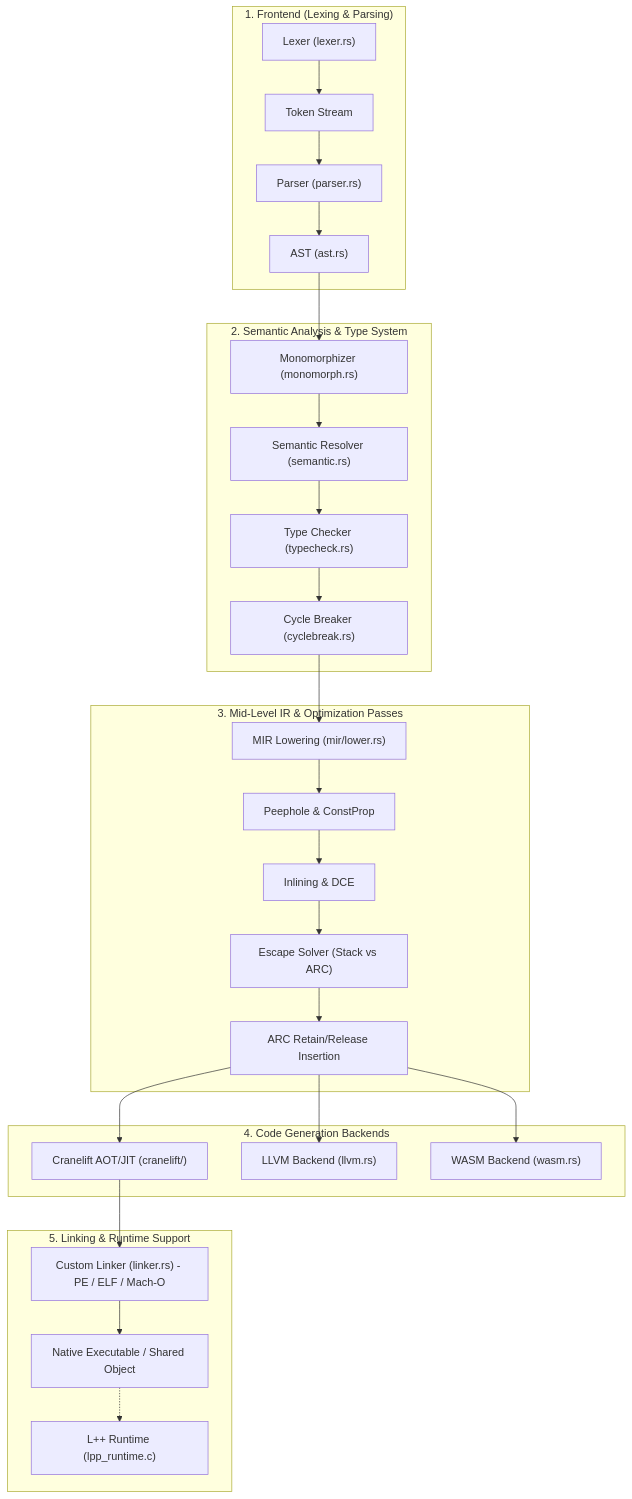
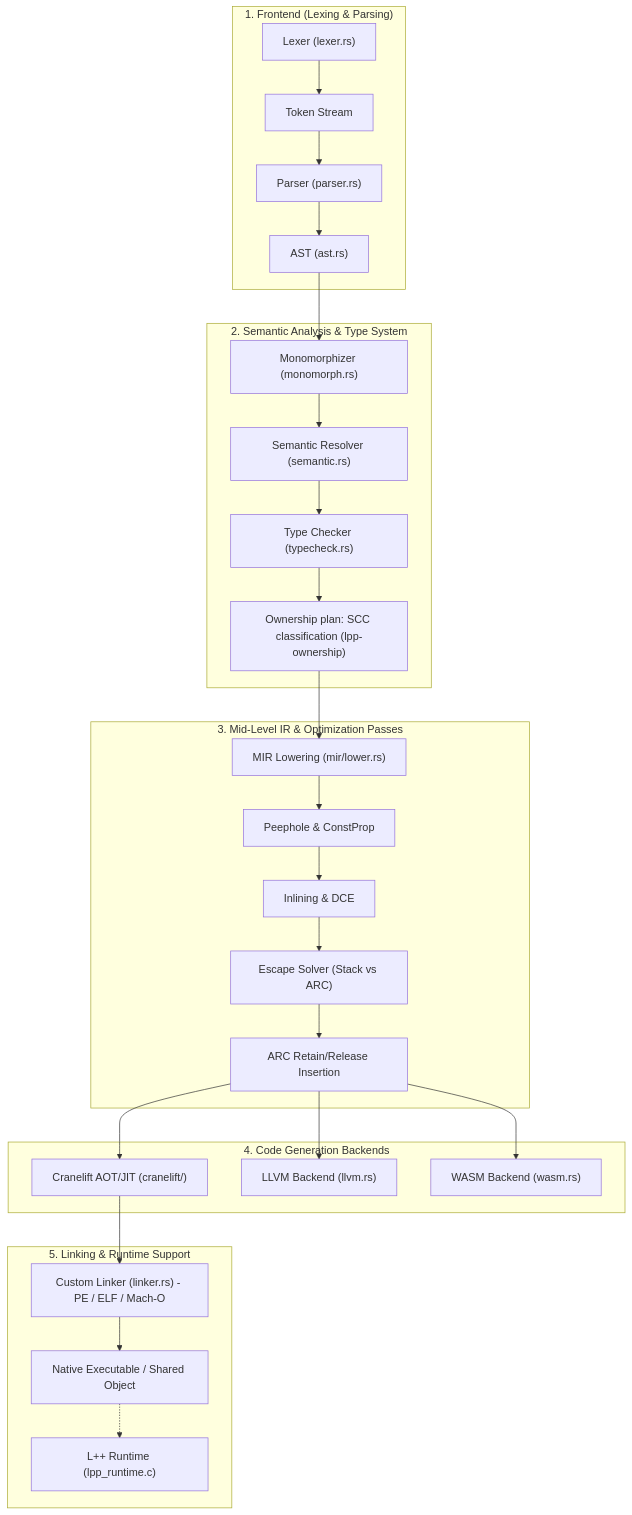
The diagram in ARCHITECTURE.md (samarnever-droid/lplusplus), drawn with Mermaid before and after one commit. The commit also changed other lines of this file and 56 other files, not shown here.

First line of the commit message:
feat(runtime,ownership,mir): trial-deletion cycle breaking, structural tuples, and leak oracle

````diff
--- a/ARCHITECTURE.md
+++ b/ARCHITECTURE.md
@@ -21,35 +21,35 @@
 ```mermaid
 graph TD
     subgraph Frontend ["1. Frontend (Lexing & Parsing)"]
         Lexer["Lexer (lexer.rs)"] --> Tokens["Token Stream"]
         Tokens --> Parser["Parser (parser.rs)"]
         Parser --> AST["AST (ast.rs)"]
     end
 
     subgraph Analysis ["2. Semantic Analysis & Type System"]
         AST --> Mono["Monomorphizer (monomorph.rs)"]
         Mono --> Semantic["Semantic Resolver (semantic.rs)"]
         Semantic --> Typecheck["Type Checker (typecheck.rs)"]
-        Typecheck --> CycleBreak["Cycle Breaker (cyclebreak.rs)"]
+        Typecheck --> CycleBreak["Ownership plan: SCC classification (lpp-ownership)"]
     end
 
     subgraph MIR ["3. Mid-Level IR & Optimization Passes"]
         CycleBreak --> MirLower["MIR Lowering (mir/lower.rs)"]
         MirLower --> Peephole["Peephole & ConstProp"]
         Peephole --> Inline["Inlining & DCE"]
         Inline --> EscapeSolver["Escape Solver (Stack vs ARC)"]
         EscapeSolver --> ArcPass["ARC Retain/Release Insertion"]
     end
 
     subgraph Backend ["4. Code Generation Backends"]
         ArcPass --> Cranelift["Cranelift AOT/JIT (cranelift/)"]
         ArcPass --> LLVM["LLVM Backend (llvm.rs)"]
         ArcPass --> WASM["WASM Backend (wasm.rs)"]
     end
 
     subgraph Linker ["5. Linking & Runtime Support"]
         Cranelift --> BuiltinLinker["Custom Linker (linker.rs) - PE / ELF / Mach-O"]
         BuiltinLinker --> Binary["Native Executable / Shared Object"]
         Binary -.-> Runtime["L++ Runtime (lpp_runtime.c)"]
     end
 ```
````
